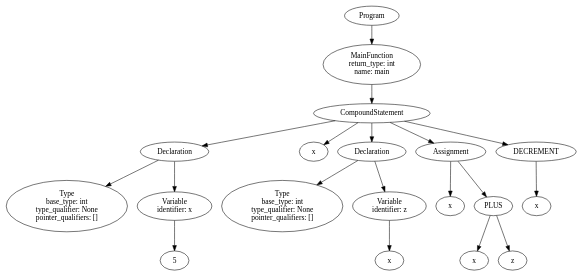
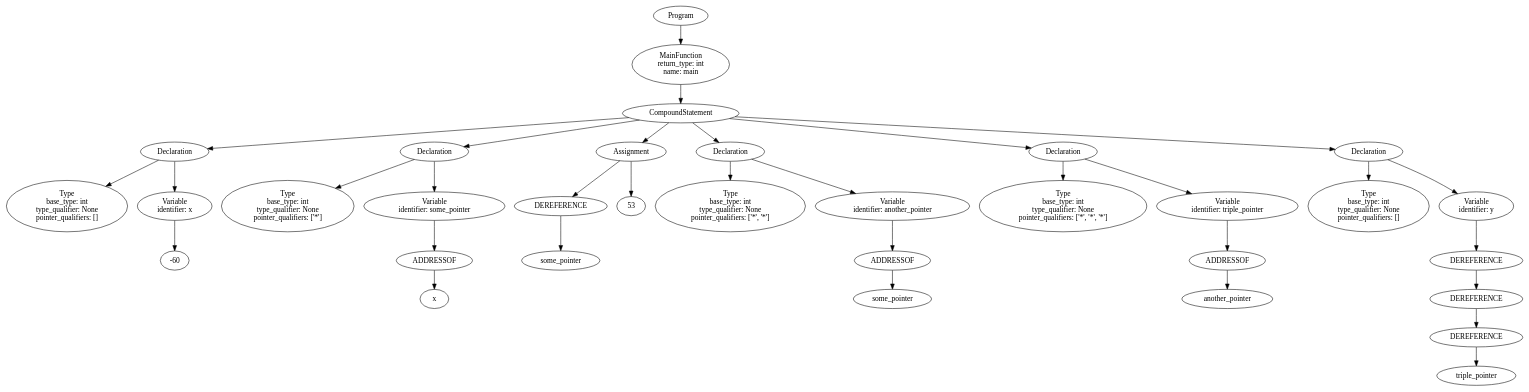
The diagram in temp/ast_proj1.dot (ArneDePeuter/UA-2024-Compiler), drawn with Graphviz before and after one commit. The commit also changed 3 other files, not shown here.

Commit message:
pointer dereference operator added

```diff
--- a/temp/ast_proj1.dot
+++ b/temp/ast_proj1.dot
@@ -1,39 +1,67 @@
 digraph ExpressionGraph {
-140242990070176 [label="Program"];
-140242990070176 -> 140242990259744;
-140242990259744 [label="MainFunction\nreturn_type: int\nname: main"];
-140242990259744 -> 140242990070896;
-140242990070896 [label="CompoundStatement"];
-140242990070896 -> 140242990226400;
-140242990226400 [label="Declaration"];
-140242990226400 -> 140242990258112;
-140242990258112 [label="Type\nbase_type: int\ntype_qualifier: None\npointer_qualifiers: []"];
-140242990226400 -> 140242990257584;
-140242990257584 [label="Variable\nidentifier: x"];
-140242990257584 -> 140242990256576;
-140242990256576 [label="5"];
-140242990070896 -> 140242990258208;
-140242990258208 [label="x"];
-140242990070896 -> 140242990258304;
-140242990258304 [label="Declaration"];
-140242990258304 -> 140242990258400;
-140242990258400 [label="Type\nbase_type: int\ntype_qualifier: None\npointer_qualifiers: []"];
-140242990258304 -> 140242990260128;
-140242990260128 [label="Variable\nidentifier: z"];
-140242990260128 -> 140242990257344;
-140242990257344 [label="x"];
-140242990070896 -> 140242990257968;
-140242990257968 [label="Assignment"];
-140242990257968 -> 140242990256240;
-140242990256240 [label="x"];
-140242990257968 -> 140242990256720;
-140242990256720 [label="PLUS"];
-140242990256720 -> 140242990259600;
-140242990256720 -> 140242990259696;
-140242990259600 [label="x"];
-140242990259696 [label="z"];
-140242990070896 -> 140242990258064;
-140242990258064 [label="DECREMENT"];
-140242990258064 -> 140242990259648;
-140242990259648 [label="x"];
+140282651409136 [label="Program"];
+140282651409136 -> 140282651612112;
+140282651612112 [label="MainFunction\nreturn_type: int\nname: main"];
+140282651612112 -> 140282651409856;
+140282651409856 [label="CompoundStatement"];
+140282651409856 -> 140282651558576;
+140282651558576 [label="Declaration"];
+140282651558576 -> 140282651631520;
+140282651631520 [label="Type\nbase_type: int\ntype_qualifier: None\npointer_qualifiers: []"];
+140282651558576 -> 140282651628352;
+140282651628352 [label="Variable\nidentifier: x"];
+140282651628352 -> 140282651612400;
+140282651612400 [label="-60"];
+140282651409856 -> 140282651629408;
+140282651629408 [label="Declaration"];
+140282651629408 -> 140282651628448;
+140282651628448 [label="Type\nbase_type: int\ntype_qualifier: None\npointer_qualifiers: ['*']"];
+140282651629408 -> 140282651631040;
+140282651631040 [label="Variable\nidentifier: some_pointer"];
+140282651631040 -> 140282651630176;
+140282651630176 [label="ADDRESSOF"];
+140282651630176 -> 140282651628928;
+140282651628928 [label="x"];
+140282651409856 -> 140282651611920;
+140282651611920 [label="Assignment"];
+140282651611920 -> 140282651629168;
+140282651629168 [label="DEREFERENCE"];
+140282651629168 -> 140282651629216;
+140282651629216 [label="some_pointer"];
+140282651611920 -> 140282651627728;
+140282651627728 [label="53"];
+140282651409856 -> 140282651630032;
+140282651630032 [label="Declaration"];
+140282651630032 -> 140282651628736;
+140282651628736 [label="Type\nbase_type: int\ntype_qualifier: None\npointer_qualifiers: ['*', '*']"];
+140282651630032 -> 140282651613360;
+140282651613360 [label="Variable\nidentifier: another_pointer"];
+140282651613360 -> 140282651611968;
+140282651611968 [label="ADDRESSOF"];
+140282651611968 -> 140282651613024;
+140282651613024 [label="some_pointer"];
+140282651409856 -> 140282651631424;
+140282651631424 [label="Declaration"];
+140282651631424 -> 140282651613072;
+140282651613072 [label="Type\nbase_type: int\ntype_qualifier: None\npointer_qualifiers: ['*', '*', '*']"];
+140282651631424 -> 140282651611440;
+140282651611440 [label="Variable\nidentifier: triple_pointer"];
+140282651611440 -> 140282651613216;
+140282651613216 [label="ADDRESSOF"];
+140282651613216 -> 140282651614320;
+140282651614320 [label="another_pointer"];
+140282651409856 -> 140282651612016;
+140282651612016 [label="Declaration"];
+140282651612016 -> 140282651614944;
+140282651614944 [label="Type\nbase_type: int\ntype_qualifier: None\npointer_qualifiers: []"];
+140282651612016 -> 140282651614848;
+140282651614848 [label="Variable\nidentifier: y"];
+140282651614848 -> 140282651612352;
+140282651612352 [label="DEREFERENCE"];
+140282651612352 -> 140282651613840;
+140282651613840 [label="DEREFERENCE"];
+140282651613840 -> 140282651613504;
+140282651613504 [label="DEREFERENCE"];
+140282651613504 -> 140282651613936;
+140282651613936 [label="triple_pointer"];
 }
```
